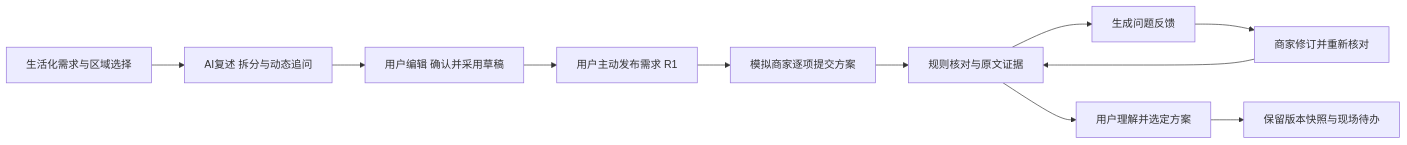
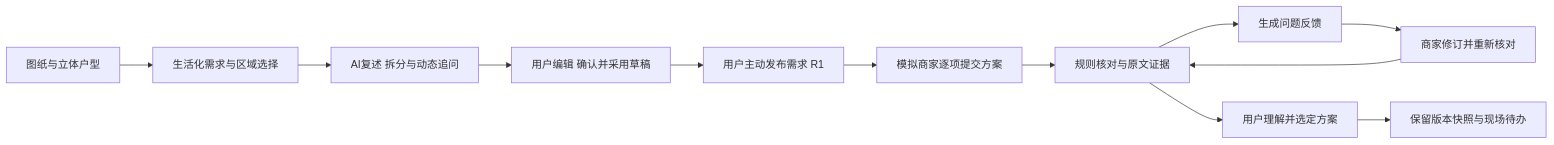
One commit to feifeifei686/bohack-project changed the diagram in README.md. Above: the diagram before and after it, drawn with Mermaid. The commit also changed other lines of this file and 2 other files, not shown here.

````diff
--- a/README.md
+++ b/README.md
@@ -21,13 +15,14 @@
 ```mermaid
 flowchart LR
-    A[生活化需求与区域选择] --> B[AI复述 拆分与动态追问]
+    Z[图纸与立体户型] --> A[生活化需求与区域选择]
+    A --> B[AI复述 拆分与动态追问]
     B --> C[用户编辑 确认并采用草稿]
     C --> P[用户主动发布需求 R1]
     P --> D[模拟商家逐项提交方案]
     D --> E[规则核对与原文证据]
     E --> F[生成问题反馈]
     F --> G[商家修订并重新核对]
     G --> E
     E --> H[用户理解并选定方案]
     H --> I[保留版本快照与现场待办]
 ```
````
